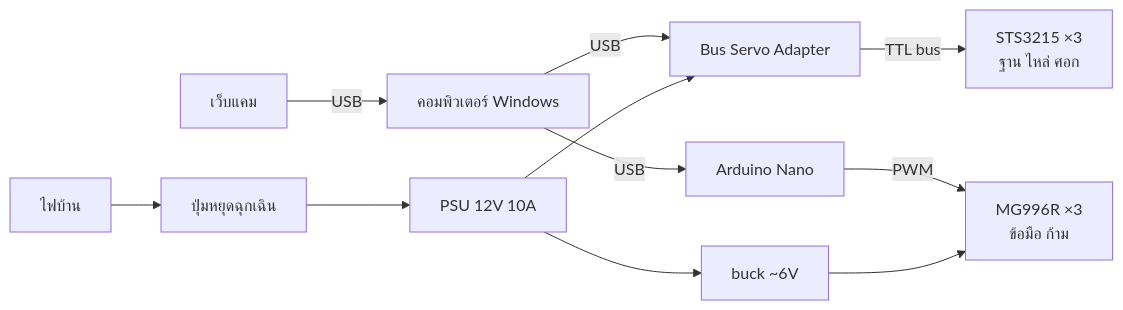
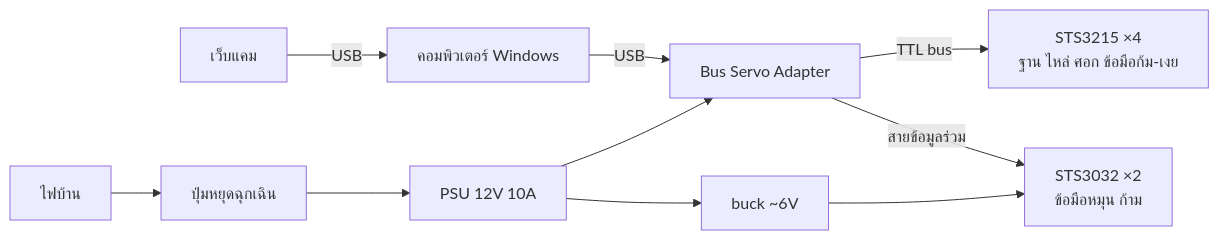
One commit to Bakani30/camera-arm-control changed the second of 2 diagrams in docs/research/04-ADVISOR-SUMMARY.md. Above: the diagram before and after it, drawn with Mermaid. The commit also changed other lines of this file and 5 other files, not shown here.

````diff
--- a/docs/research/04-ADVISOR-SUMMARY.md
+++ b/docs/research/04-ADVISOR-SUMMARY.md
@@ -83,11 +83,10 @@
 ```mermaid
 flowchart LR
   CAM[เว็บแคม] -- USB --> PC[คอมพิวเตอร์ Windows]
   PC -- USB --> BUS[Bus Servo Adapter]
-  PC -- USB --> NANO[Arduino Nano]
-  BUS -- TTL bus --> STS[STS3215 ×3<br/>ฐาน ไหล่ ศอก]
-  NANO -- PWM --> MG[MG996R ×3<br/>ข้อมือ ก้าม]
+  BUS -- TTL bus --> STS[STS3215 ×4<br/>ฐาน ไหล่ ศอก ข้อมือก้ม-เงย]
+  BUS -- สายข้อมูลร่วม --> S32[STS3032 ×2<br/>ข้อมือหมุน ก้าม]
   AC[ไฟบ้าน] --> ES[ปุ่มหยุดฉุกเฉิน] --> PSU[PSU 12V 10A]
   PSU --> BUS
-  PSU --> BUCK[buck ~6V] --> MG
+  PSU --> BUCK[buck ~6V] --> S32
 ```
````
